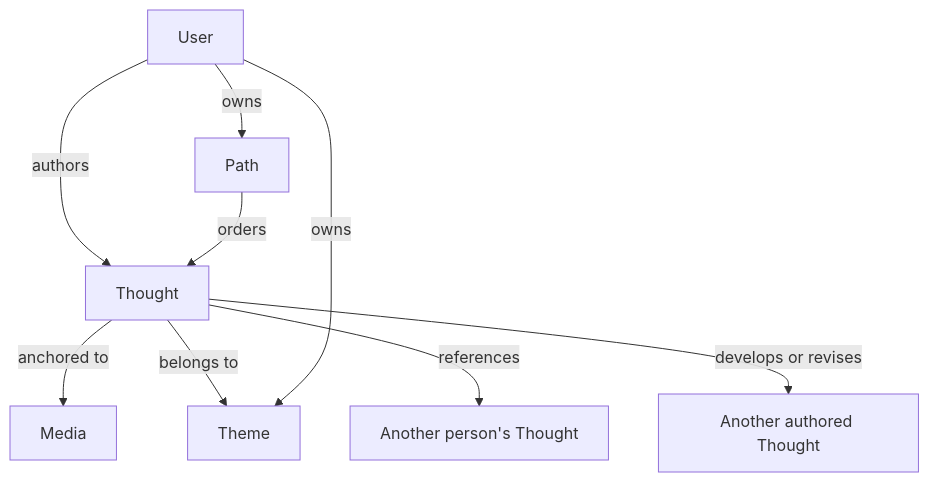
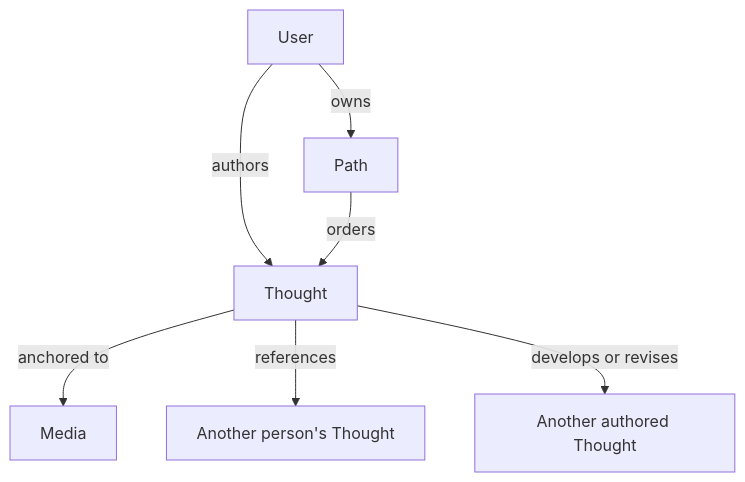
One commit to anuda-d/Contour changed the diagram in docs/01-product-model.md. Above: the diagram before and after it, drawn with Mermaid. The commit also changed other lines of this file and 12 other files, not shown here.

````diff
--- a/docs/01-product-model.md
+++ b/docs/01-product-model.md
@@ -9,11 +9,9 @@
 ```mermaid
 graph TD
     U[User] -->|authors| T[Thought]
     T -->|anchored to| M[Media]
-    T -->|belongs to| H[Theme]
     T -->|references| OT[Another person's Thought]
     T -->|develops or revises| NT[Another authored Thought]
     P[Path] -->|orders| T
-    U -->|owns| H
     U -->|owns| P
 ```
````
